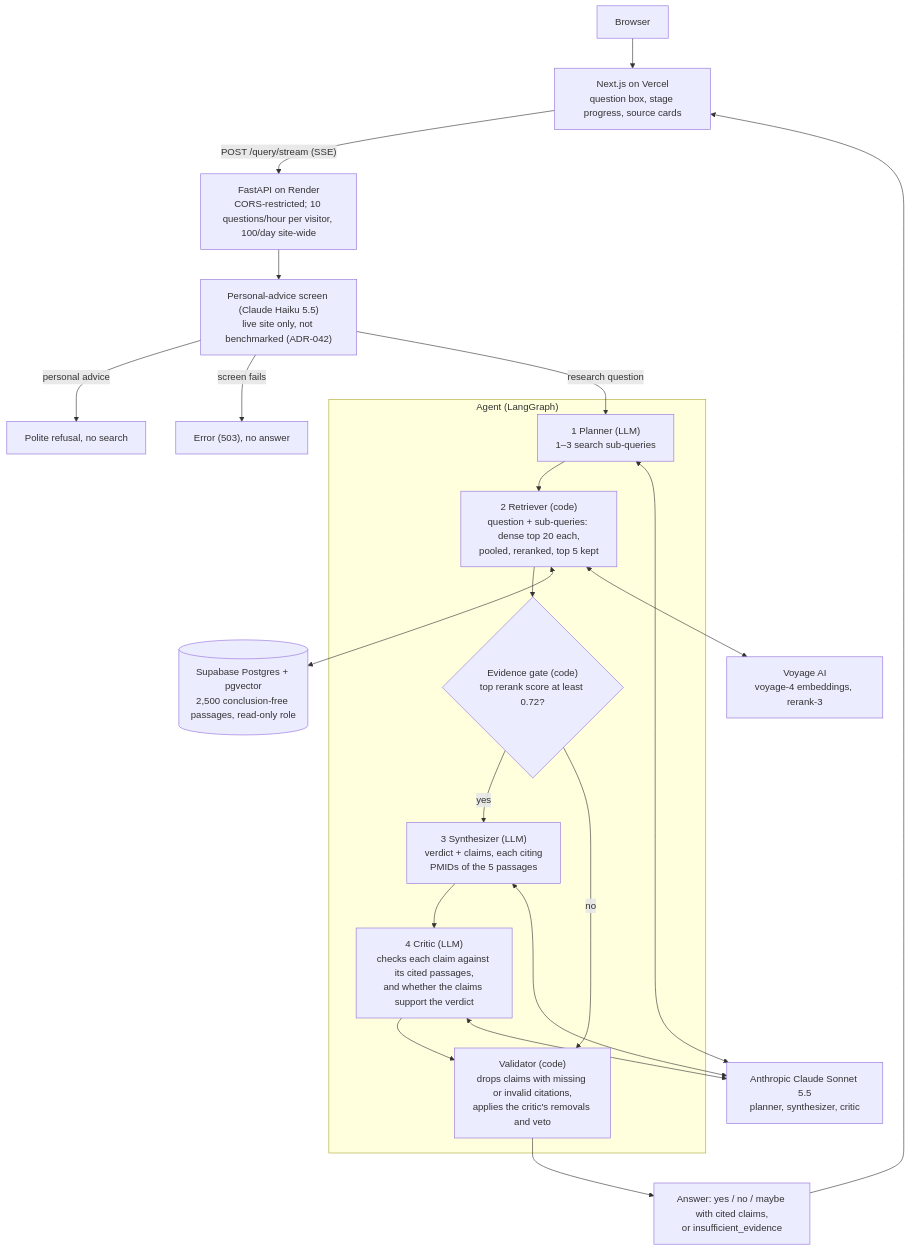
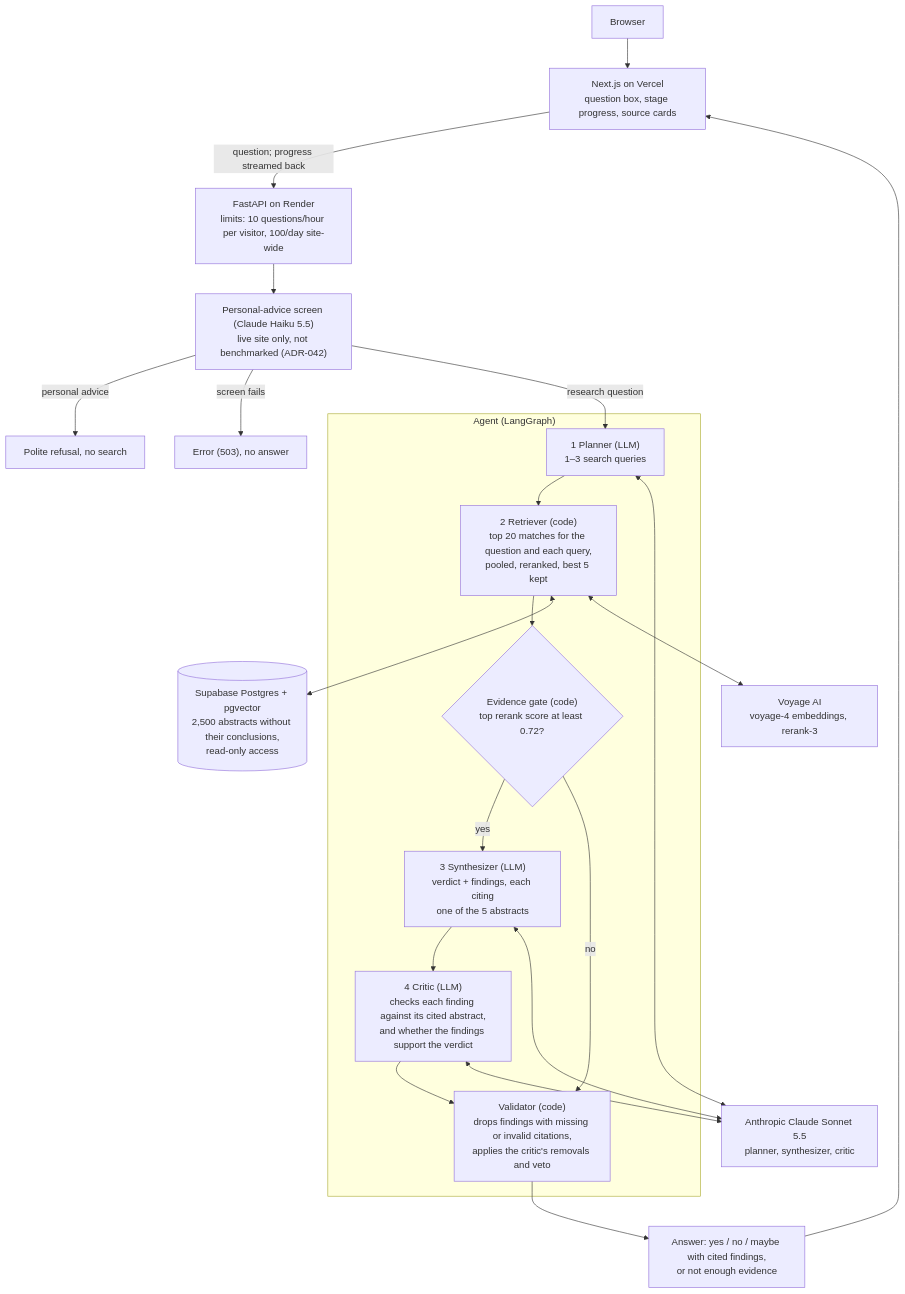
One commit to Prabh54/groundedmed changed the diagram in README.md. Above: the diagram before and after it, drawn with Mermaid. The commit also changed other lines of this file and 4 other files, not shown here.

````diff
--- a/README.md
+++ b/README.md
@@ -32,25 +43,25 @@
 ```mermaid
 flowchart TD
     U[Browser] --> FE["Next.js on Vercel<br/>question box, stage progress, source cards"]
-    FE -- "POST /query/stream (SSE)" --> API["FastAPI on Render<br/>CORS-restricted; 10 questions/hour per visitor, 100/day site-wide"]
+    FE -- "question; progress streamed back" --> API["FastAPI on Render<br/>limits: 10 questions/hour per visitor, 100/day site-wide"]
     API --> ADV["Personal-advice screen (Claude Haiku 5.5)<br/>live site only, not benchmarked (ADR-042)"]
     ADV -- "personal advice" --> REF["Polite refusal, no search"]
     ADV -- "screen fails" --> ERR["Error (503), no answer"]
     ADV -- "research question" --> PL
 
     subgraph AGENT ["Agent (LangGraph)"]
-        PL["1 Planner (LLM)<br/>1–3 search sub-queries"] --> RT["2 Retriever (code)<br/>question + sub-queries: dense top 20 each,<br/>pooled, reranked, top 5 kept"]
+        PL["1 Planner (LLM)<br/>1–3 search queries"] --> RT["2 Retriever (code)<br/>top 20 matches for the question and each query,<br/>pooled, reranked, best 5 kept"]
         RT --> GT{"Evidence gate (code)<br/>top rerank score at least 0.72?"}
-        GT -- yes --> SY["3 Synthesizer (LLM)<br/>verdict + claims, each citing<br/>PMIDs of the 5 passages"]
-        SY --> CR["4 Critic (LLM)<br/>checks each claim against its cited passages,<br/>and whether the claims support the verdict"]
-        CR --> VA["Validator (code)<br/>drops claims with missing or invalid citations,<br/>applies the critic's removals and veto"]
+        GT -- yes --> SY["3 Synthesizer (LLM)<br/>verdict + findings, each citing<br/>one of the 5 abstracts"]
+        SY --> CR["4 Critic (LLM)<br/>checks each finding against its cited abstract,<br/>and whether the findings support the verdict"]
+        CR --> VA["Validator (code)<br/>drops findings with missing or invalid citations,<br/>applies the critic's removals and veto"]
         GT -- no --> VA
     end
 
-    RT <--> DB[("Supabase Postgres + pgvector<br/>2,500 conclusion-free passages, read-only role")]
+    RT <--> DB[("Supabase Postgres + pgvector<br/>2,500 abstracts without their conclusions,<br/>read-only access")]
     RT <--> VY["Voyage AI<br/>voyage-4 embeddings, rerank-3"]
     CL["Anthropic Claude Sonnet 5.5<br/>planner, synthesizer, critic"]
     PL & SY & CR <--> CL
-    VA --> OUT["Answer: yes / no / maybe with cited claims,<br/>or insufficient_evidence"]
+    VA --> OUT["Answer: yes / no / maybe with cited findings,<br/>or not enough evidence"]
     OUT --> FE
 ```
````
